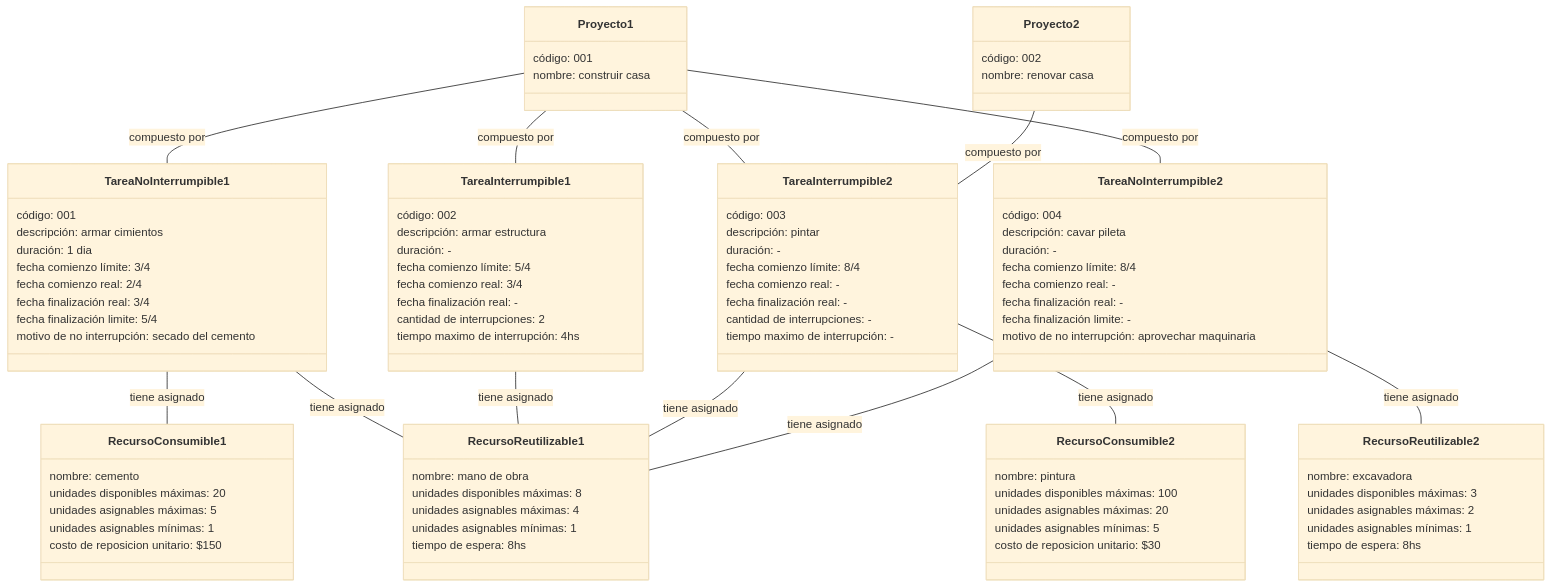
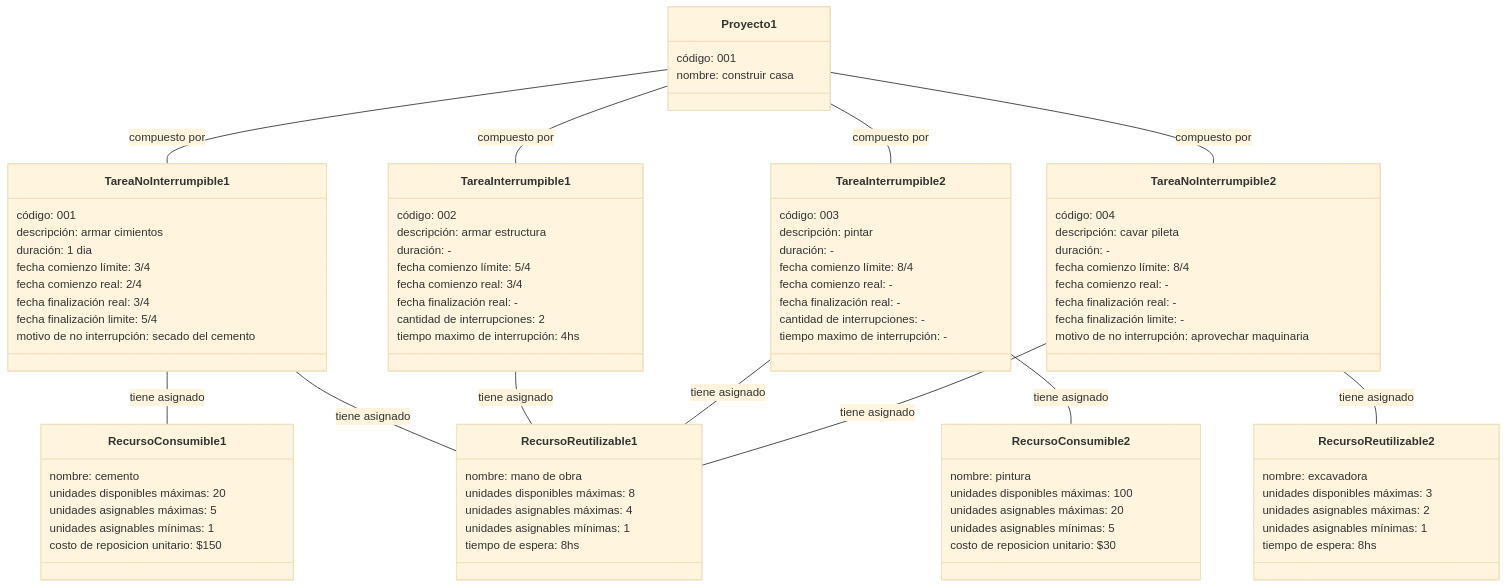
Before and after one commit to NicolasEzequielZulaicaRivera/FIUBS_ANINFO: the second of 2 diagrams in excersices/4.7.md, drawn with Mermaid (base theme).

```diff
--- a/excersices/4.7.md
+++ b/excersices/4.7.md
@@ -62,11 +62,6 @@
   class Proyecto 1 {
     código: 001
     nombre: construir casa
-  }
-
-  class Proyecto 2 {
-    código: 002
-    nombre: renovar casa
   }
 
   class Tarea No Interrumpible 1 {
@@ -148,7 +143,6 @@
   Proyecto1 -- Tarea Interrumpible 1 : compuesto por
   Proyecto1 -- Tarea Interrumpible 2 : compuesto por
   Proyecto1 -- Tarea No Interrumpible 2 : compuesto por
-  Proyecto2 -- Tarea Interrumpible 2 : compuesto por
 
   Tarea No Interrumpible 1 -- Recurso Consumible 1 : tiene asignado
   Tarea Interrumpible 2 -- Recurso Consumible 2 : tiene asignado
```
